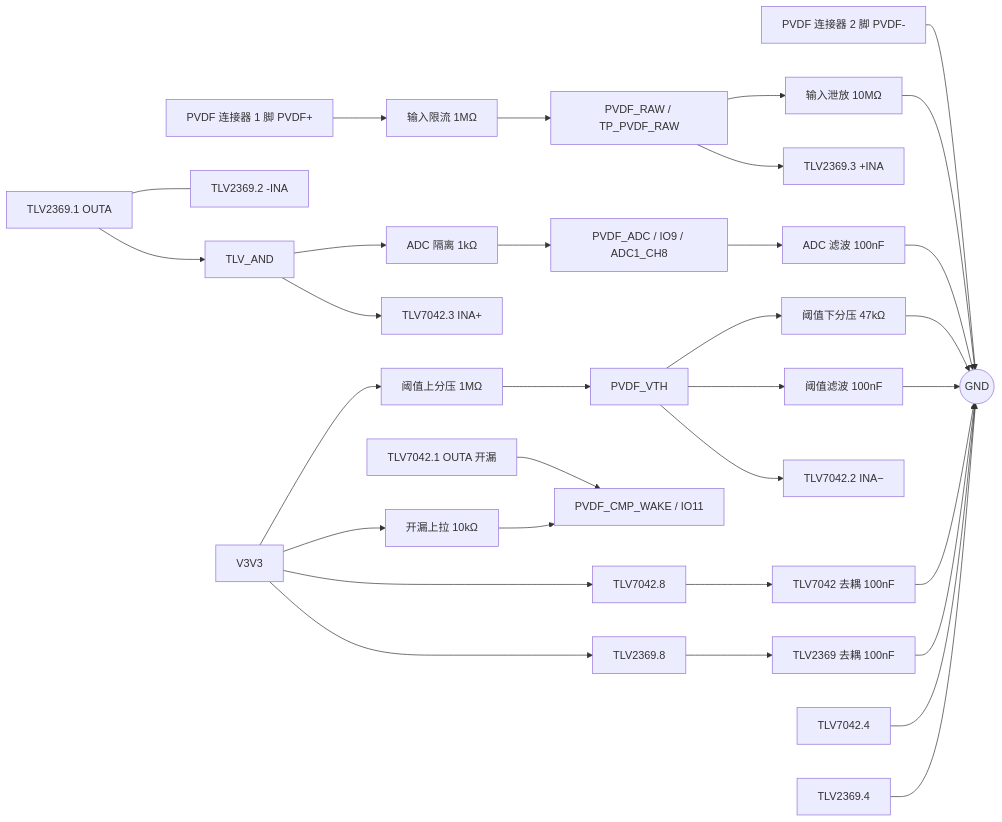
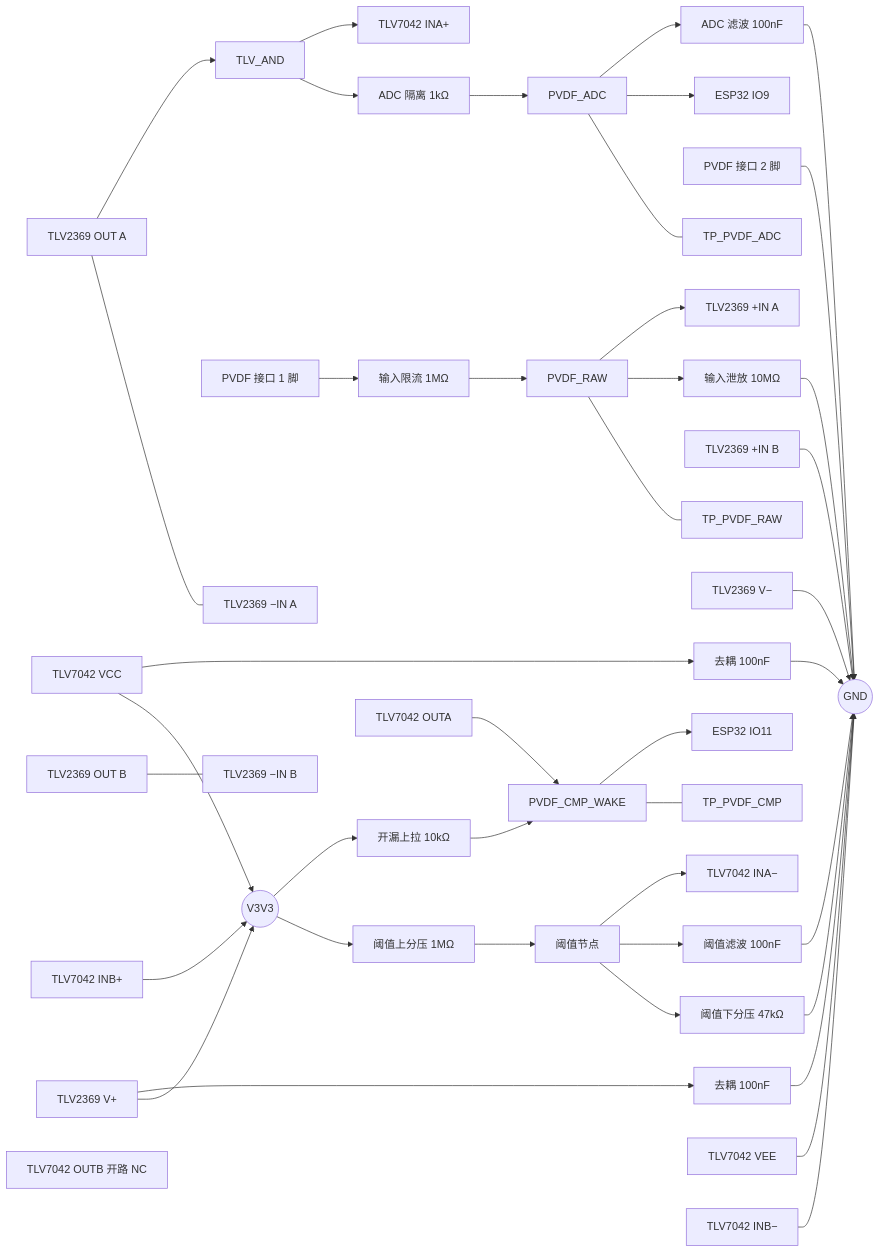
Before and after one commit to zhanghongchen1213/Electronic_Wooden_Fish: the diagram in docs/hardware/外围电路设计/TLV7042DGKR与TLV2369IDGKR-PVDF前端设计与接线.md, drawn with Mermaid. The commit also changed other lines of this file and 25 other files, not shown here.

````diff
--- a/docs/hardware/外围电路设计/TLV7042DGKR与TLV2369IDGKR-PVDF前端设计与接线.md
+++ b/docs/hardware/外围电路设计/TLV7042DGKR与TLV2369IDGKR-PVDF前端设计与接线.md
@@ -31,26 +81,54 @@
 ```mermaid
 flowchart LR
-  HDR[PVDF 连接器 1 脚 PVDF+] --> RSER[输入限流 1MΩ]
-  RSER --> RAW[PVDF_RAW / TP_PVDF_RAW]
-  HDRN[PVDF 连接器 2 脚 PVDF-] --> GND((GND))
-  RAW --> RBIAS[输入泄放 10MΩ] --> GND
-  RAW --> BUFINP[TLV2369.3 +INA]
-  BUFOUT[TLV2369.1 OUTA] --- BUFINN[TLV2369.2 -INA]
-  BUFOUT --> AND[TLV_AND]
-  AND --> RADC[ADC 隔离 1kΩ]
-  RADC --> ADC[PVDF_ADC / IO9 / ADC1_CH8]
-  ADC --> CADC[ADC 滤波 100nF] --> GND
-  AND --> CMPINP[TLV7042.3 INA+]
-  V3V3[V3V3] --> RTH[阈值上分压 1MΩ] --> VTH[PVDF_VTH]
-  VTH --> RTHB[阈值下分压 47kΩ] --> GND
-  VTH --> CTH[阈值滤波 100nF] --> GND
-  VTH --> CMPINN[TLV7042.2 INA−]
-  CMPOUT[TLV7042.1 OUTA 开漏] --> CMP[PVDF_CMP_WAKE / IO11]
-  V3V3 --> RPU[开漏上拉 10kΩ] --> CMP
-  V3V3 --> CMPV[TLV7042.8]
-  V3V3 --> BUFV[TLV2369.8]
-  CMPV --> CDEC1[TLV7042 去耦 100nF] --> GND
-  BUFV --> CDEC2[TLV2369 去耦 100nF] --> GND
-  CMPG[TLV7042.4] --> GND
-  BUFG[TLV2369.4] --> GND
+  V3V3((V3V3))
+  GND((GND))
+  IO9[ESP32 IO9]
+  IO11[ESP32 IO11]
+  PVDFN[PVDF 接口 2 脚]
+
+  PVDFP[PVDF 接口 1 脚] --> RSER[输入限流 1MΩ]
+  PVDFN --> GND
+  RSER --> RAW[PVDF_RAW]
+  RAW --- TPR[TP_PVDF_RAW]
+  RAW --> RBLEED[输入泄放 10MΩ]
+  RBLEED --> GND
+  RAW --> BINP[TLV2369 +IN A]
+  BOUT[TLV2369 OUT A] --- BINN[TLV2369 −IN A]
+  BOUT --> ANDN[TLV_AND]
+  BINPB[TLV2369 +IN B] --> GND
+  BOUTB[TLV2369 OUT B] --- BINNB[TLV2369 −IN B]
+  BVP[TLV2369 V+] --> V3V3
+  BVP --> CDEC1[去耦 100nF]
+  CDEC1 --> GND
+  BVN[TLV2369 V−] --> GND
+
+  ANDN --> RADC[ADC 隔离 1kΩ]
+  RADC --> ADCN[PVDF_ADC]
+  ADCN --- TPA[TP_PVDF_ADC]
+  ADCN --> IO9
+  ADCN --> CADC[ADC 滤波 100nF]
+  CADC --> GND
+
+  ANDN --> CINP[TLV7042 INA+]
+  V3V3 --> RTH[阈值上分压 1MΩ]
+  RTH --> VTH[阈值节点]
+  VTH --> RTHB[阈值下分压 47kΩ]
+  RTHB --> GND
+  VTH --> CTH[阈值滤波 100nF]
+  CTH --> GND
+  VTH --> CINN[TLV7042 INA−]
+
+  COUT[TLV7042 OUTA] --> CMPW[PVDF_CMP_WAKE]
+  CMPW --- TPC[TP_PVDF_CMP]
+  CMPW --> IO11
+  V3V3 --> RPU[开漏上拉 10kΩ]
+  RPU --> CMPW
+
+  CVP[TLV7042 VCC] --> V3V3
+  CVP --> CDEC2[去耦 100nF]
+  CDEC2 --> GND
+  CVN[TLV7042 VEE] --> GND
+  CINBP[TLV7042 INB+] --> V3V3
+  CINBN[TLV7042 INB−] --> GND
+  COUTB[TLV7042 OUTB 开路 NC]
 ```
````
